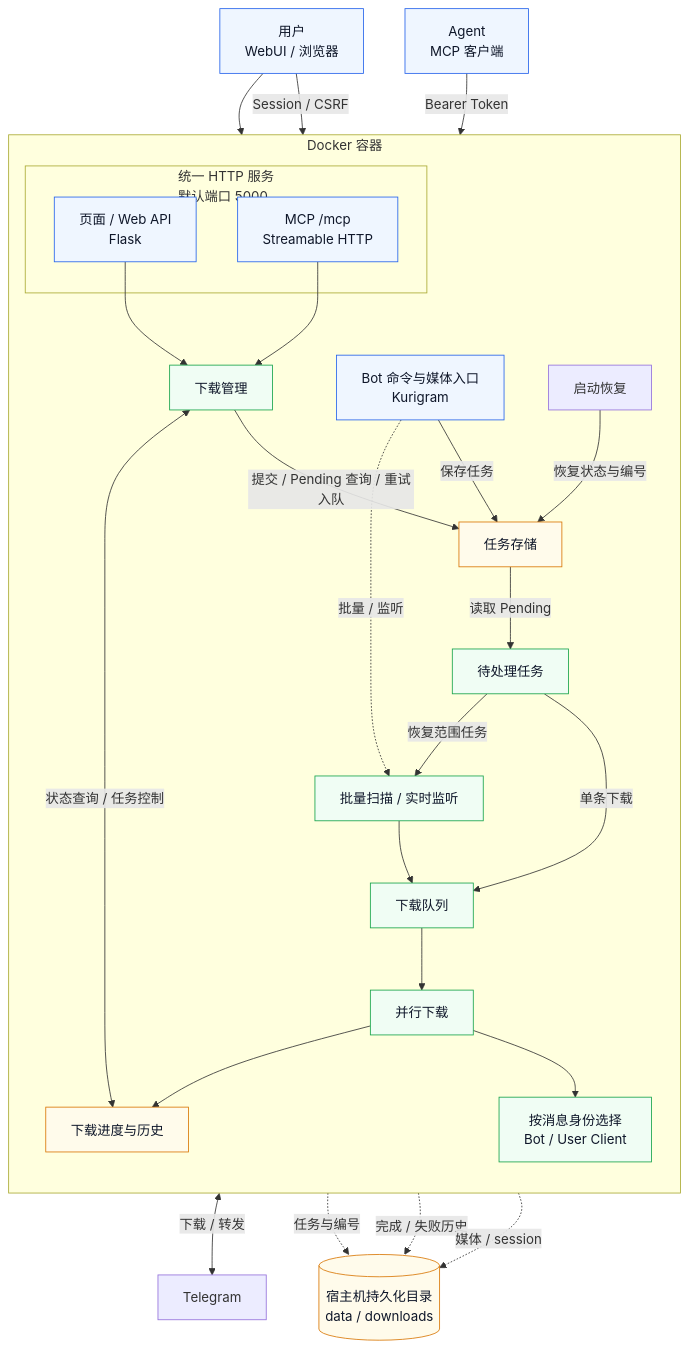
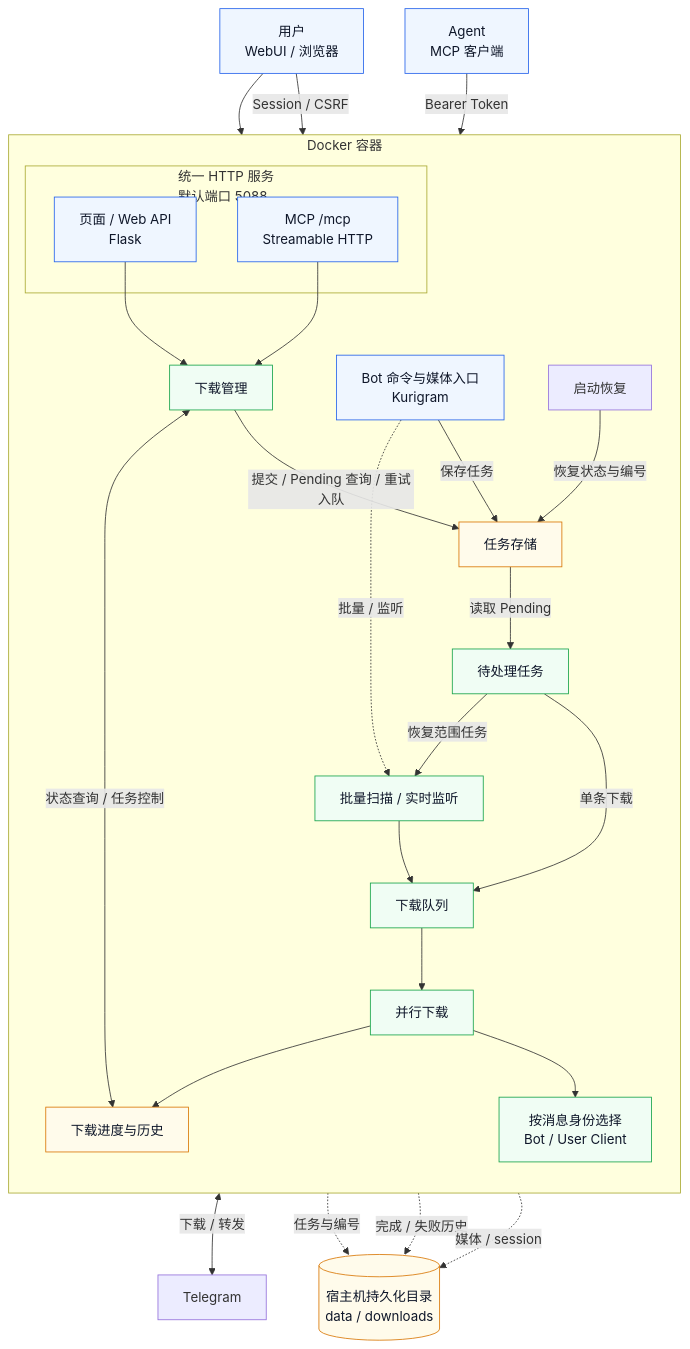
The first of 2 diagrams in README.md (smilekevin/TGPorter), drawn with Mermaid before and after one commit. The commit also changed other lines of this file and 10 other files, not shown here.

````diff
--- a/README.md
+++ b/README.md
@@ -208,55 +208,55 @@
 ```mermaid
 flowchart TB
     User["用户<br/>WebUI / 浏览器"]
     Agent["Agent<br/>MCP 客户端"]
     Telegram["Telegram"]
 
     subgraph Container["Docker 容器"]
         direction TB
         Bot["Bot 命令与媒体入口<br/>Kurigram"]
-        subgraph HTTP["统一 HTTP 服务<br/>默认端口 5000"]
+        subgraph HTTP["统一 HTTP 服务<br/>默认端口 5088"]
             API["页面 / Web API<br/>Flask"]
             MCP["MCP /mcp<br/>Streamable HTTP"]
         end
         Service["下载管理"]
         Store["任务存储"]
         Recovery["启动恢复"]
         Consumer["待处理任务"]
         Scan["批量扫描 / 实时监听"]
         Queue["下载队列"]
         Workers["并行下载"]
         Clients["按消息身份选择<br/>Bot / User Client"]
         Stats["下载进度与历史"]
     end
 
     Data[("宿主机持久化目录<br/>data / downloads")]
 
     User --> Bot
     User -->|Session / CSRF| API
     Agent -->|Bearer Token| MCP
     API --> Service
     MCP --> Service
     Bot -->|保存任务| Store
     Service -->|提交 / Pending 查询 / 重试入队| Store
     Service <-->|状态查询 / 任务控制| Stats
     Recovery -->|恢复状态与编号| Store
     Store -->|读取 Pending| Consumer
     Consumer -->|单条下载| Queue
     Consumer -->|恢复范围任务| Scan
     Bot -.->|批量 / 监听| Scan
     Scan --> Queue
     Queue --> Workers
     Workers --> Clients
     Clients <-->|下载 / 转发| Telegram
     Workers --> Stats
     Store -.->|任务与编号| Data
     Stats -.->|完成 / 失败历史| Data
     Clients -.->|媒体 / session| Data
 
     classDef entry fill:#eff6ff,stroke:#2563eb,color:#0f172a
     classDef pipeline fill:#f0fdf4,stroke:#16a34a,color:#0f172a
     classDef storage fill:#fffbeb,stroke:#d97706,color:#0f172a
     class User,Bot,API,Agent,MCP entry
     class Service,Consumer,Scan,Queue,Workers,Clients pipeline
     class Store,Stats,Data storage
 ```
````
